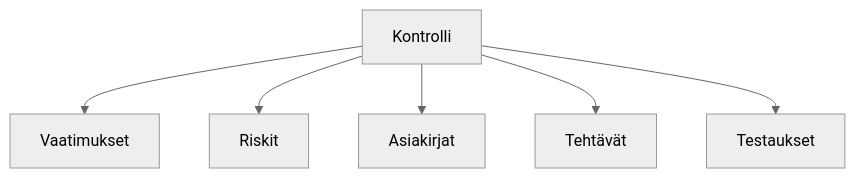
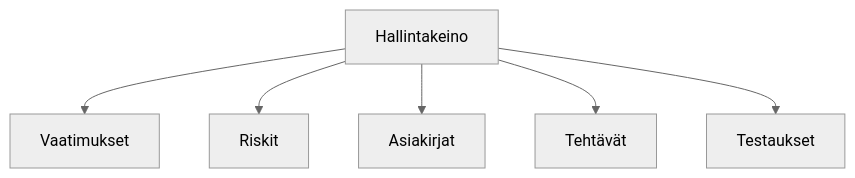
Before and after one commit to tekve/gover-docs: the diagram in i18n/fi/docusaurus-plugin-content-docs/current/user-guide/controls/overview.md, drawn with Mermaid (neutral theme). The commit also changed other lines of this file and 38 other files, not shown here.

````diff
--- a/i18n/fi/docusaurus-plugin-content-docs/current/user-guide/controls/overview.md
+++ b/i18n/fi/docusaurus-plugin-content-docs/current/user-guide/controls/overview.md
@@ -18,8 +18,8 @@
 ```mermaid
 flowchart TD
-    C[Kontrolli] --> R[Vaatimukset]
+    C[Hallintakeino] --> R[Vaatimukset]
     C --> RI[Riskit]
     C --> D[Asiakirjat]
     C --> T[Tehtävät]
     C --> TE[Testaukset]
 ```
````
